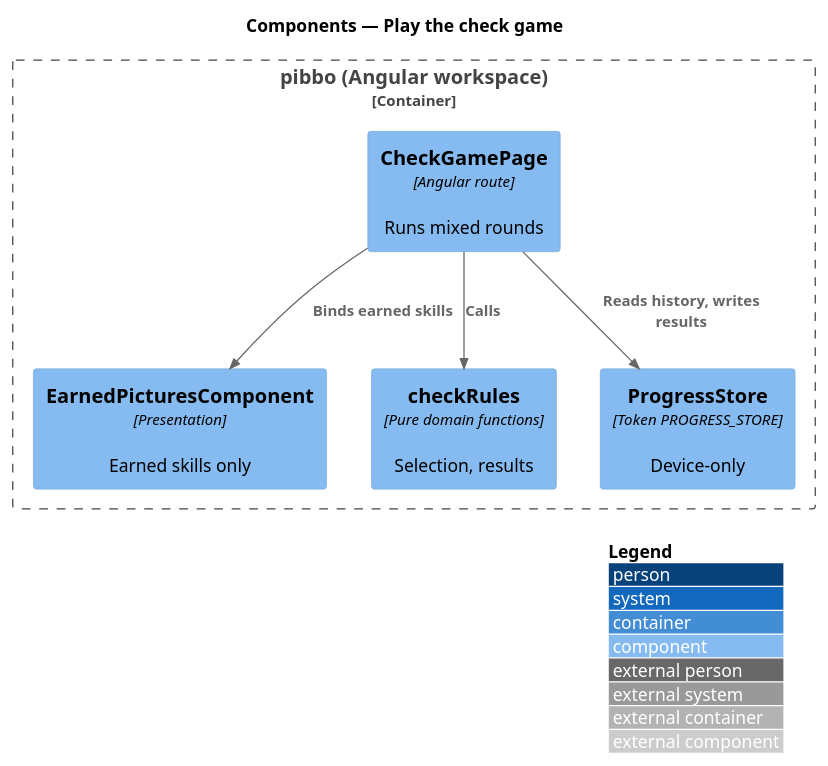
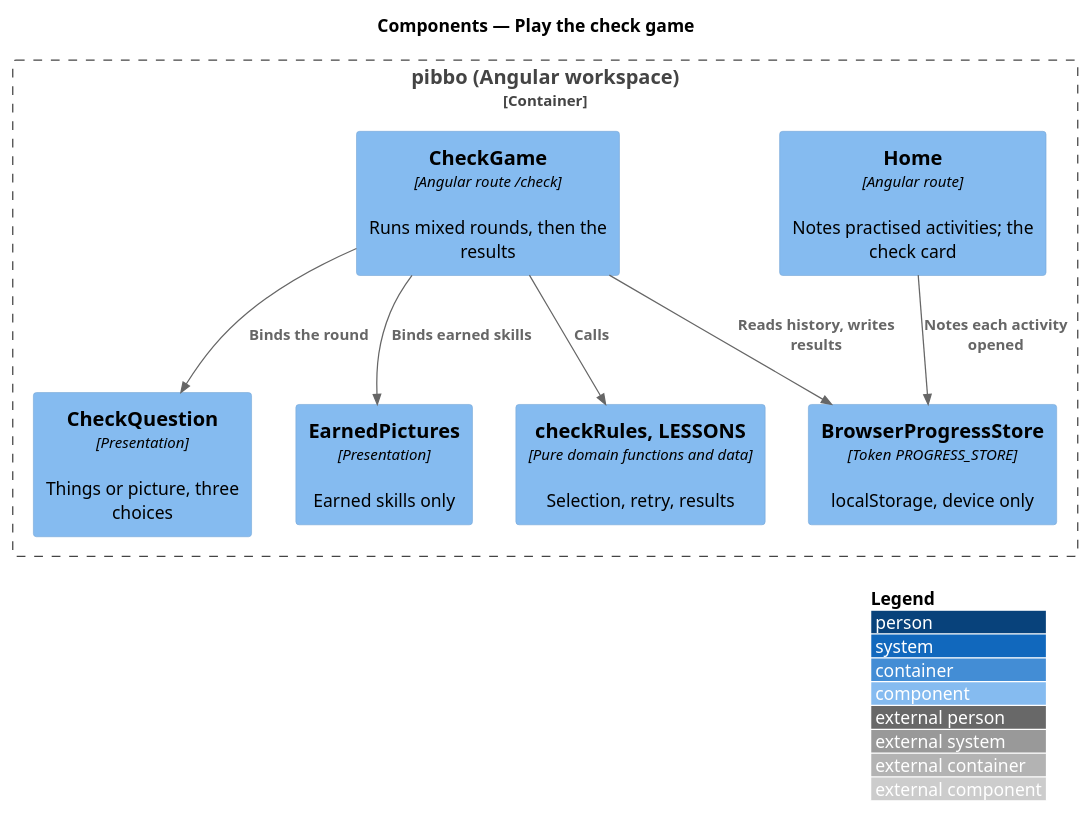
The diagram in docs/detailed-designs/lessons/check-game/diagrams/c4-component.puml (QuinntyneBrown/pibbo), drawn with PlantUML before and after one commit. The commit also changed 30 other files, not shown here.

First line of the commit message:
Align the check game: redraw What do I know? to AGENTS.md and L2-023, the Home check card, L2-023, ADRs 0025 and 0026, and the design

```diff
--- a/docs/detailed-designs/lessons/check-game/diagrams/c4-component.puml
+++ b/docs/detailed-designs/lessons/check-game/diagrams/c4-component.puml
@@ -1,14 +1,18 @@
 @startuml
 !include <C4/C4_Component>
 LAYOUT_WITH_LEGEND()
 title Components — Play the check game
 Container_Boundary(b, "pibbo (Angular workspace)") {
-  Component(page, "CheckGamePage", "Angular route", "Runs mixed rounds")
-  Component(res, "EarnedPicturesComponent", "Presentation", "Earned skills only")
-  Component(rules, "checkRules", "Pure domain functions", "Selection, results")
-  Component(store, "ProgressStore", "Token PROGRESS_STORE", "Device-only")
+  Component(home, "Home", "Angular route", "Notes practised activities; the check card")
+  Component(page, "CheckGame", "Angular route /check", "Runs mixed rounds, then the results")
+  Component(q, "CheckQuestion", "Presentation", "Things or picture, three choices")
+  Component(res, "EarnedPictures", "Presentation", "Earned skills only")
+  Component(rules, "checkRules, LESSONS", "Pure domain functions and data", "Selection, retry, results")
+  Component(store, "BrowserProgressStore", "Token PROGRESS_STORE", "localStorage, device only")
 }
+Rel(home, store, "Notes each activity opened")
+Rel(page, q, "Binds the round")
 Rel(page, res, "Binds earned skills")
 Rel(page, rules, "Calls")
 Rel(page, store, "Reads history, writes results")
 @enduml
```
